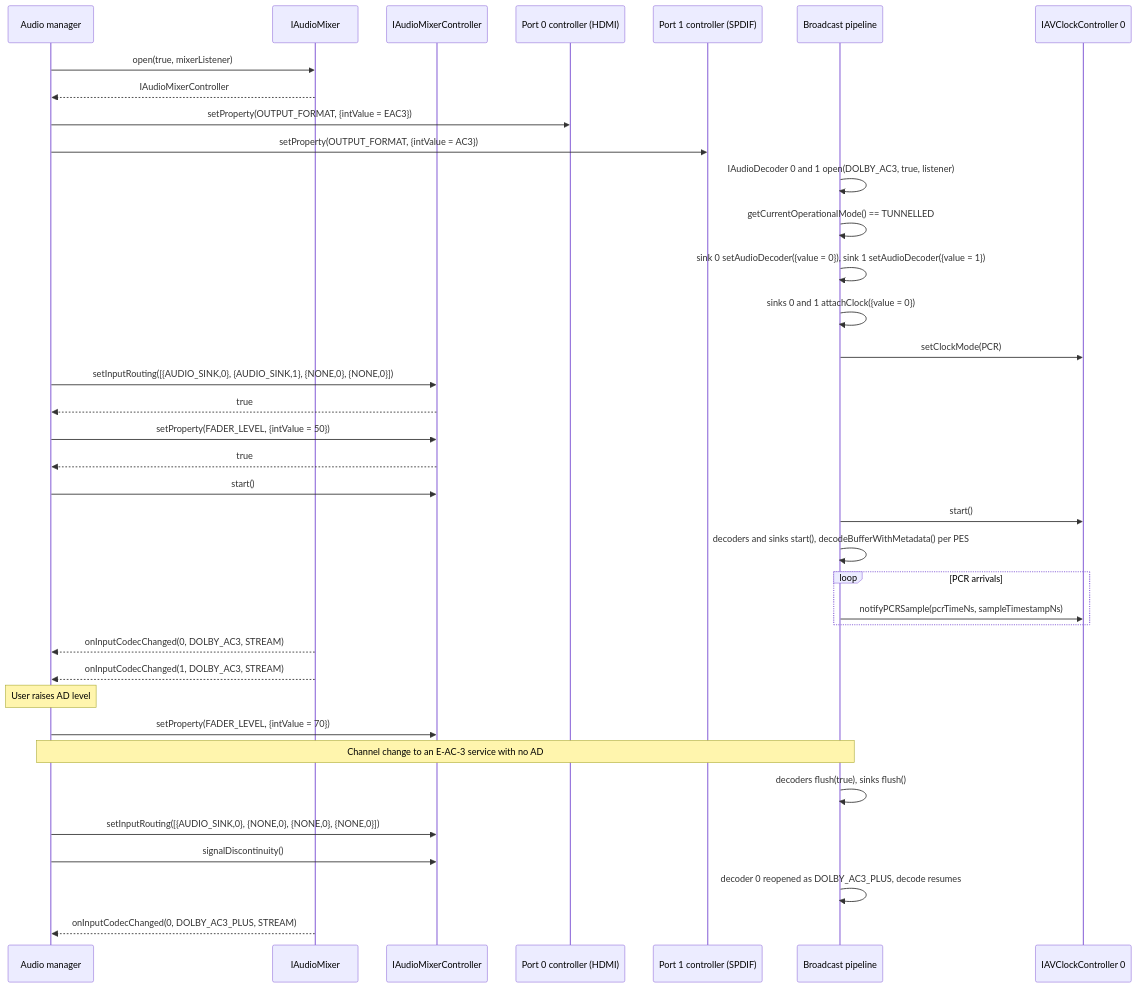
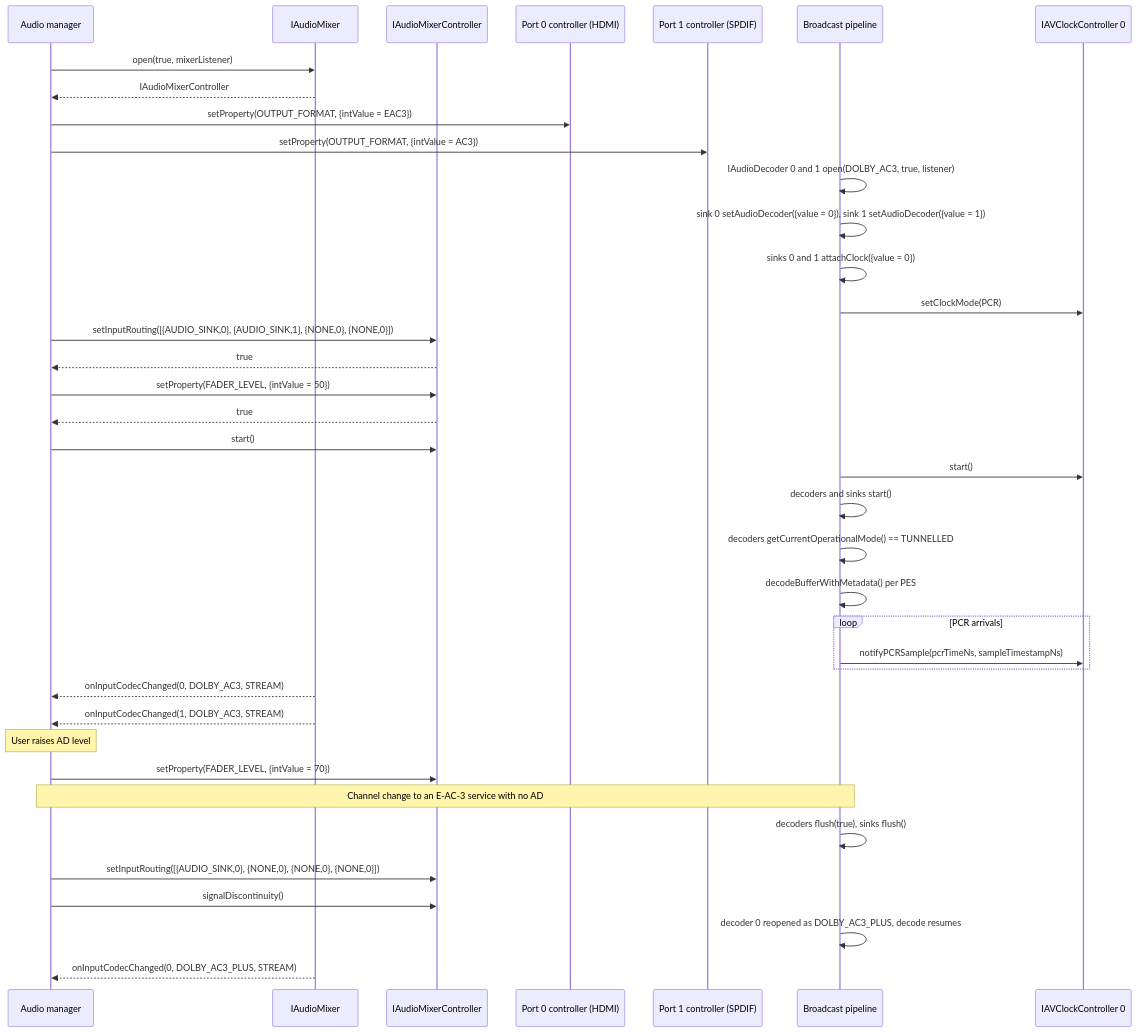
The second of 9 diagrams in audiomixer/current/docs/use_cases.md (rdkcentral/rdk-halif-aidl), drawn with Mermaid before and after one commit. The commit also changed other lines of this file and 1 other file, not shown here.

First line of the commit message:
Fix #354: Correct audiomixer use-case sequences

````diff
--- a/audiomixer/current/docs/use_cases.md
+++ b/audiomixer/current/docs/use_cases.md
@@ -105,40 +108,41 @@
 ```mermaid
 sequenceDiagram
     participant AM as Audio manager
     participant MIX as IAudioMixer
     participant MC as IAudioMixerController
     participant PC0 as Port 0 controller (HDMI)
     participant PC1 as Port 1 controller (SPDIF)
     participant BP as Broadcast pipeline
     participant CLK as IAVClockController 0
 
     AM->>MIX: open(true, mixerListener)
     MIX-->>AM: IAudioMixerController
     AM->>PC0: setProperty(OUTPUT_FORMAT, {intValue = EAC3})
     AM->>PC1: setProperty(OUTPUT_FORMAT, {intValue = AC3})
     BP->>BP: IAudioDecoder 0 and 1 open(DOLBY_AC3, true, listener)
-    BP->>BP: getCurrentOperationalMode() == TUNNELLED
     BP->>BP: sink 0 setAudioDecoder({value = 0}), sink 1 setAudioDecoder({value = 1})
     BP->>BP: sinks 0 and 1 attachClock({value = 0})
     BP->>CLK: setClockMode(PCR)
     AM->>MC: setInputRouting([{AUDIO_SINK,0}, {AUDIO_SINK,1}, {NONE,0}, {NONE,0}])
     MC-->>AM: true
     AM->>MC: setProperty(FADER_LEVEL, {intValue = 50})
     MC-->>AM: true
     AM->>MC: start()
     BP->>CLK: start()
-    BP->>BP: decoders and sinks start(), decodeBufferWithMetadata() per PES
+    BP->>BP: decoders and sinks start()
+    BP->>BP: decoders getCurrentOperationalMode() == TUNNELLED
+    BP->>BP: decodeBufferWithMetadata() per PES
     loop PCR arrivals
         BP->>CLK: notifyPCRSample(pcrTimeNs, sampleTimestampNs)
     end
     MIX-->>AM: onInputCodecChanged(0, DOLBY_AC3, STREAM)
     MIX-->>AM: onInputCodecChanged(1, DOLBY_AC3, STREAM)
     Note over AM: User raises AD level
     AM->>MC: setProperty(FADER_LEVEL, {intValue = 70})
     Note over AM,BP: Channel change to an E-AC-3 service with no AD
     BP->>BP: decoders flush(true), sinks flush()
     AM->>MC: setInputRouting([{AUDIO_SINK,0}, {NONE,0}, {NONE,0}, {NONE,0}])
     AM->>MC: signalDiscontinuity()
     BP->>BP: decoder 0 reopened as DOLBY_AC3_PLUS, decode resumes
     MIX-->>AM: onInputCodecChanged(0, DOLBY_AC3_PLUS, STREAM)
 ```
````
